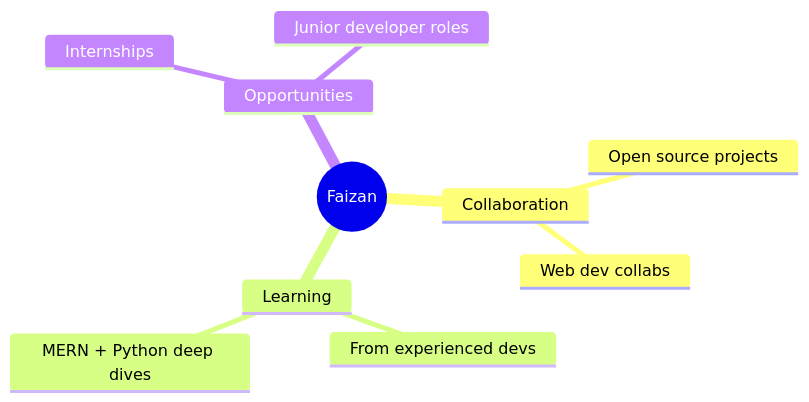
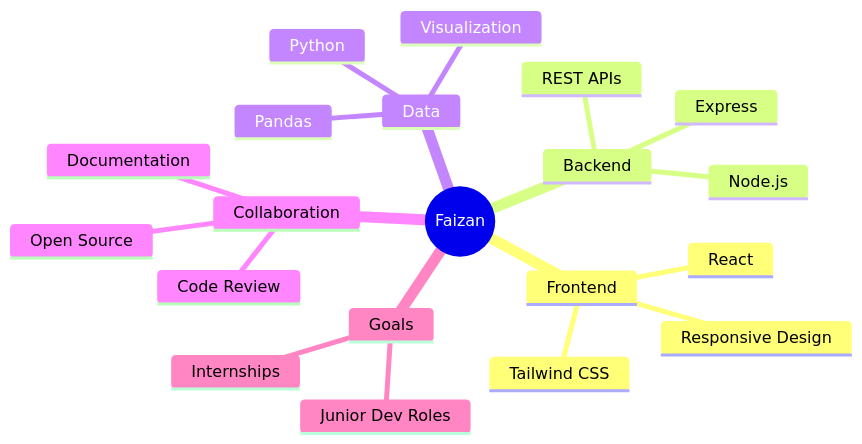
Before and after one commit to Faizan-khan144/Faizan-khan144: the tenth of 11 diagrams in README.md, drawn with Mermaid. The commit also changed other lines of this file, not shown here.

````diff
--- a/README.md
+++ b/README.md
@@ -187,13 +283,23 @@
 ```mermaid
 mindmap
   root((Faizan))
+    Frontend
+      React
+      Tailwind CSS
+      Responsive Design
+    Backend
+      Node.js
+      Express
+      REST APIs
+    Data
+      Python
+      Pandas
+      Visualization
     Collaboration
-      Open source projects
-      Web dev collabs
-    Learning
-      From experienced devs
-      MERN + Python deep dives
-    Opportunities
+      Open Source
+      Code Review
+      Documentation
+    Goals
       Internships
-      Junior developer roles
+      Junior Dev Roles
 ```
````
